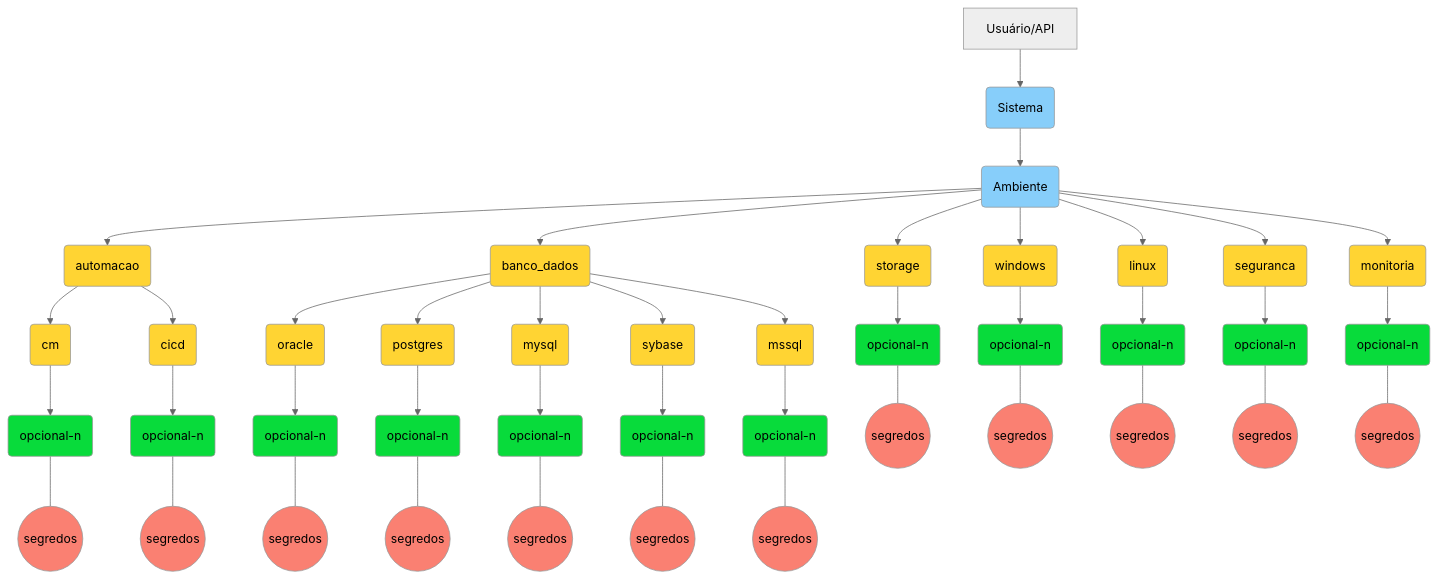
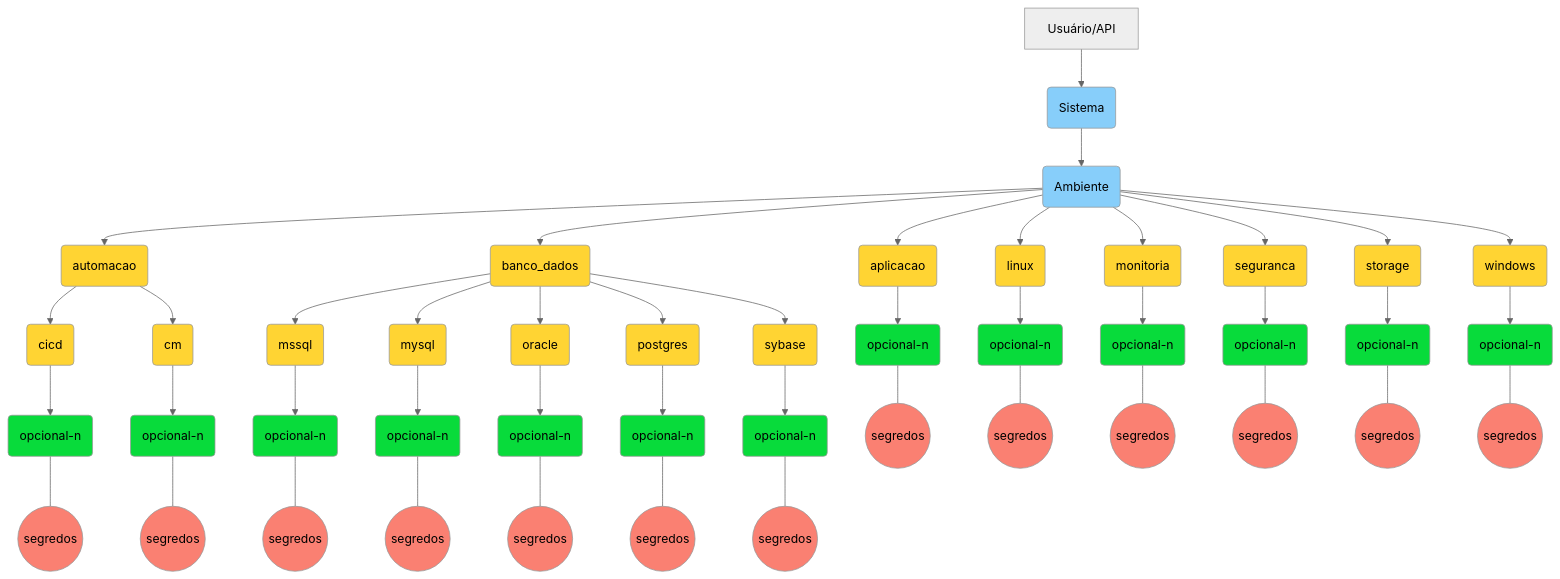
Before and after one commit to CAPES/guia: the diagram in infraestrutura/seguranca/cofre-senhas.md, drawn with Mermaid (neutral theme). The commit also changed other lines of this file, not shown here.

Commit message:
Inclusão de novo caminho

````diff
--- a/infraestrutura/seguranca/cofre-senhas.md
+++ b/infraestrutura/seguranca/cofre-senhas.md
@@ -69,23 +69,26 @@
 style ambiente fill:#87CEFA
 
 ambiente-->s1d1_a(automacao)
+s1d1_a-->s1d1_a_cicd(cicd)
 s1d1_a-->s1d1_a_cm(cm)
-s1d1_a-->s1d1_a_cicd(cicd)
 
+
+ambiente-->s1d1_app(aplicacao)
 ambiente-->s1d1_b(banco_dados)
-ambiente-->s1d1_s(storage)
-ambiente-->s1d1_w(windows)
 ambiente-->s1d1_l(linux)
 ambiente-->s1d1_mon(monitoria)
 ambiente-->s1d1_seg(seguranca)
+ambiente-->s1d1_s(storage)
+ambiente-->s1d1_w(windows)
 
+s1d1_b-->s1d1_b_ms(mssql)
+s1d1_b-->s1d1_b_m(mysql)
 s1d1_b-->s1d1_b_o(oracle)
 s1d1_b-->s1d1_b_p(postgres)
-s1d1_b-->s1d1_b_m(mysql)
 s1d1_b-->s1d1_b_s(sybase)
-s1d1_b-->s1d1_b_ms(mssql)
 
 style s1d1_a fill:#FFD433
+style s1d1_app fill:#FFD433
 style s1d1_a_cm fill:#FFD433
 style s1d1_a_cicd fill:#FFD433
 style s1d1_b fill:#FFD433
@@ -94,11 +97,12 @@
 style s1d1_b_m fill:#FFD433 
 style s1d1_b_s fill:#FFD433 
 style s1d1_b_ms fill:#FFD433 
+
+style s1d1_l fill:#FFD433
+style s1d1_mon fill:#FFD433
+style s1d1_seg fill:#FFD433
 style s1d1_s fill:#FFD433
 style s1d1_w fill:#FFD433
-style s1d1_l fill:#FFD433
-style s1d1_seg fill:#FFD433
-style s1d1_mon fill:#FFD433
 
 s1d1_a_cm-->s1d1_a_cm_x(opcional-n)
 s1d1_a_cicd-->s1d1_a_cicd_x(opcional-n)
@@ -107,11 +111,13 @@
 s1d1_b_m-->s1d1_b_m_x(opcional-n)
 s1d1_b_s-->s1d1_b_s_x(opcional-n)
 s1d1_b_ms-->s1d1_b_ms_x(opcional-n)
+
+s1d1_app-->s1d1_app_x(opcional-n)
+s1d1_l-->s1d1_l_x(opcional-n)
+s1d1_mon-->s1d1_mon_x(opcional-n)
+s1d1_seg-->s1d1_seg_x(opcional-n)
 s1d1_s-->s1d1_s_x(opcional-n)
 s1d1_w-->s1d1_w_x(opcional-n)
-s1d1_l-->s1d1_l_x(opcional-n)
-s1d1_seg-->s1d1_seg_x(opcional-n)
-s1d1_mon-->s1d1_mon_x(opcional-n)
 
 style s1d1_a_cm_x fill:#08DB3B
 style s1d1_a_cicd_x fill:#08DB3B
@@ -121,11 +127,12 @@
 style s1d1_b_s_x fill:#08DB3B
 style s1d1_b_ms_x fill:#08DB3B
 
+style s1d1_app_x fill:#08DB3B
 style s1d1_s_x fill:#08DB3B
-style s1d1_w_x fill:#08DB3B
 style s1d1_l_x fill:#08DB3B
 style s1d1_seg_x fill:#08DB3B
 style s1d1_mon_x fill:#08DB3B
+style s1d1_w_x fill:#08DB3B
 
 s1d1_a_cm_x---s1d1_a_cm_s((segredos))
 s1d1_a_cicd_x---s1d1_a_cicd_s((segredos))
@@ -134,11 +141,13 @@
 s1d1_b_m_x---s1d1_b_m_s((segredos))
 s1d1_b_s_x---s1d1_b_s_s((segredos))
 s1d1_b_ms_x---s1d1_b_ms_s((segredos))
+
+s1d1_app_x---s1d1_app_s((segredos))
+s1d1_l_x---s1d1_l_s((segredos))
+s1d1_mon_x---s1d1_mon_s((segredos))
+s1d1_seg_x---s1d1_seg_s((segredos))
 s1d1_s_x---s1d1_s_s((segredos))
 s1d1_w_x---s1d1_w_s((segredos))
-s1d1_l_x---s1d1_l_s((segredos))
-s1d1_seg_x---s1d1_seg_s((segredos))
-s1d1_mon_x---s1d1_mon_s((segredos))
 
 style s1d1_a_cm_s fill:#FA8072
 style s1d1_a_cicd_s fill:#FA8072
@@ -147,9 +156,11 @@
 style s1d1_b_m_s fill:#FA8072
 style s1d1_b_s_s fill:#FA8072
 style s1d1_b_ms_s fill:#FA8072
+
+style s1d1_app_s fill:#FA8072
+style s1d1_l_s fill:#FA8072
+style s1d1_mon_s fill:#FA8072
+style s1d1_seg_s fill:#FA8072
 style s1d1_s_s fill:#FA8072
 style s1d1_w_s fill:#FA8072
-style s1d1_l_s fill:#FA8072
-style s1d1_seg_s fill:#FA8072
-style s1d1_mon_s fill:#FA8072
 ```
````
